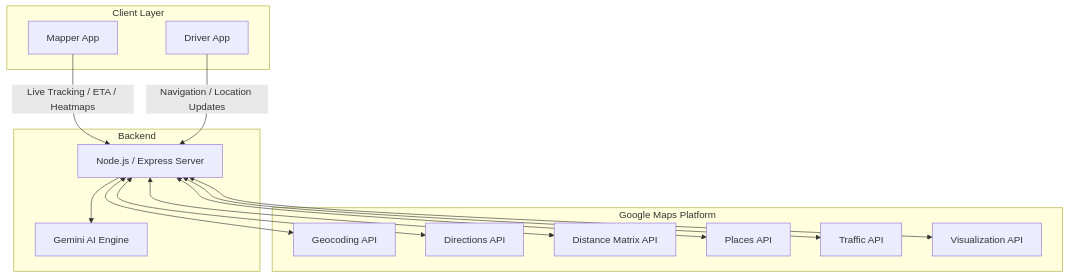
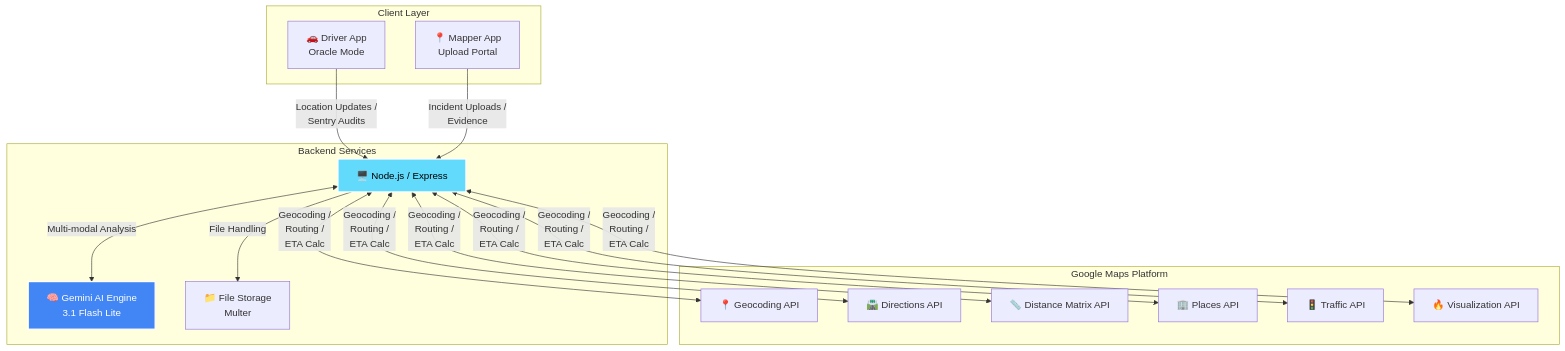
Before and after one commit to nubianking/SafetyMap-Test: the diagram in README.md, drawn with Mermaid. The commit also changed other lines of this file and 1 other file, not shown here.

````diff
--- a/README.md
+++ b/README.md
@@ -70,26 +111,31 @@
 ```mermaid
 graph TD
-    subgraph Client Layer
-        MA["Mapper App"]
-        DA["Driver App"]
+    subgraph "Client Layer"
+        DA["🚗 Driver App<br/>Oracle Mode"]
+        MA["📍 Mapper App<br/>Upload Portal"]
     end
 
-    subgraph Backend
-        BE["Node.js / Express Server"]
-        AI["Gemini AI Engine"]
+    subgraph "Backend Services"
+        BE["🖥️ Node.js / Express"]
+        AI["🧠 Gemini AI Engine<br/>3.1 Flash Lite"]
+        FS["📁 File Storage<br/>Multer"]
     end
 
-    subgraph Google Maps Platform
-        GEO["Geocoding API"]
-        DIR["Directions API"]
-        DM["Distance Matrix API"]
-        PL["Places API"]
-        TR["Traffic API"]
-        VIS["Visualization API"]
+    subgraph "Google Maps Platform"
+        GEO["📍 Geocoding API"]
+        DIR["🛣️ Directions API"]
+        DM["📏 Distance Matrix API"]
+        PL["🏢 Places API"]
+        TR["🚦 Traffic API"]
+        VIS["🔥 Visualization API"]
     end
 
-    MA -- "Live Tracking / ETA / Heatmaps" --> BE
-    DA -- "Navigation / Location Updates" --> BE
-    BE <--> GEO & DIR & DM & PL & TR & VIS
-    BE --> AI
+    DA -->|"Location Updates /<br/>Sentry Audits"| BE
+    MA -->|"Incident Uploads /<br/>Evidence"| BE
+    BE <-->|"Geocoding /<br/>Routing /<br/>ETA Calc"| GEO & DIR & DM & PL & TR & VIS
+    BE <-->|"Multi-modal Analysis"| AI
+    BE -->|"File Handling"| FS
+
+    style AI fill:#4285F4,stroke:#fff,stroke-width:2px,color:#fff
+    style BE fill:#61DAFB,stroke:#fff,stroke-width:2px,color:#000
 ```
````
